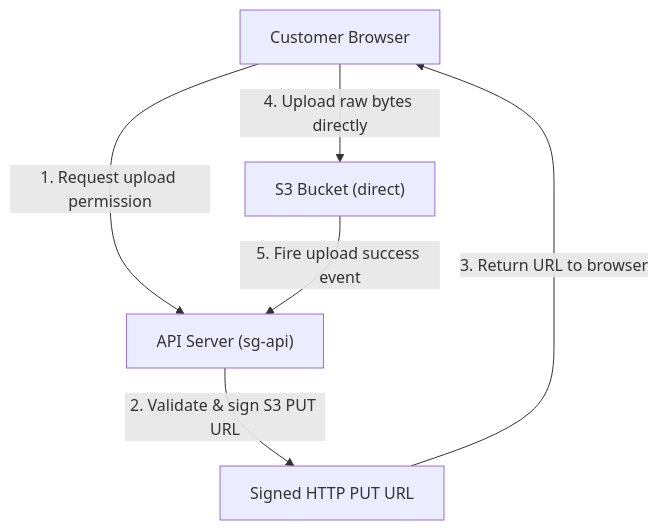
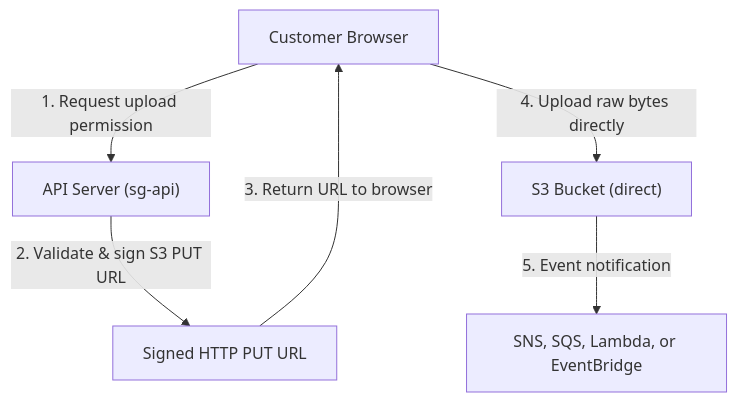
The diagram in cloud-providers/aws/storage-databases/02-s3-object-storage.md (senlinyy/dev-roadmaps), drawn with Mermaid before and after one commit. The commit also changed other lines of this file and 101 other files, not shown here.

````diff
--- a/cloud-providers/aws/storage-databases/02-s3-object-storage.md
+++ b/cloud-providers/aws/storage-databases/02-s3-object-storage.md
@@ -221,8 +221,8 @@
 ```mermaid
 flowchart TD
     Browser["Customer Browser"] -->|1. Request upload permission| API["API Server (sg-api)"]
     API -->|2. Validate & sign S3 PUT URL| SignedURL["Signed HTTP PUT URL"]
     SignedURL -->|3. Return URL to browser| Browser
     Browser -->|4. Upload raw bytes directly| S3["S3 Bucket (direct)"]
-    S3 -->|5. Fire upload success event| API
+    S3 -->|5. Event notification| Notify["SNS, SQS, Lambda, or EventBridge"]
 ```
````
